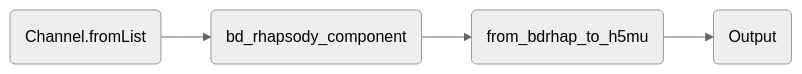
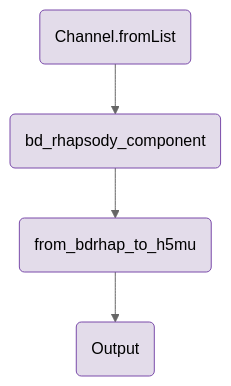
The diagram in components/workflows/ingestion/bd_rhapsody.qmd (openpipelines-bio/website), drawn with Mermaid (neutral theme) before and after one commit. The commit also changed 21 other files, not shown here.

````diff
--- a/components/workflows/ingestion/bd_rhapsody.qmd
+++ b/components/workflows/ingestion/bd_rhapsody.qmd
@@ -179,12 +179,15 @@
 ```{mermaid}
-%%| column: screen-inset-shaded
-flowchart LR
+flowchart TB
     v0(Channel.fromList)
     v17(bd_rhapsody_component)
     v38(from_bdrhap_to_h5mu)
     v65(Output)
     v0-->v17
     v17-->v38
     v38-->v65
+    style v0 fill:#e3dcea,stroke:#7a4baa;
+    style v17 fill:#e3dcea,stroke:#7a4baa;
+    style v38 fill:#e3dcea,stroke:#7a4baa;
+    style v65 fill:#e3dcea,stroke:#7a4baa;
 
 ```
````
